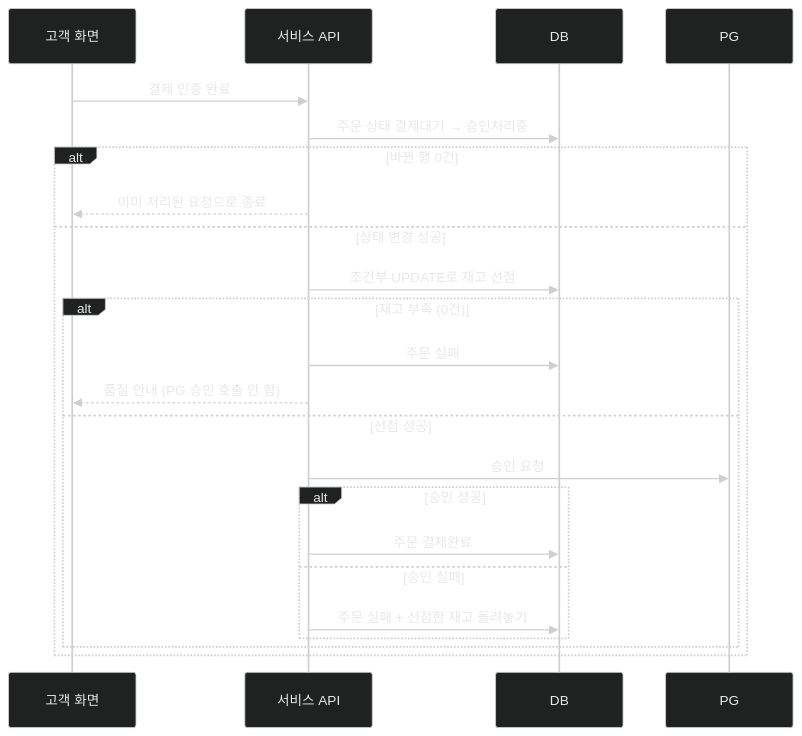
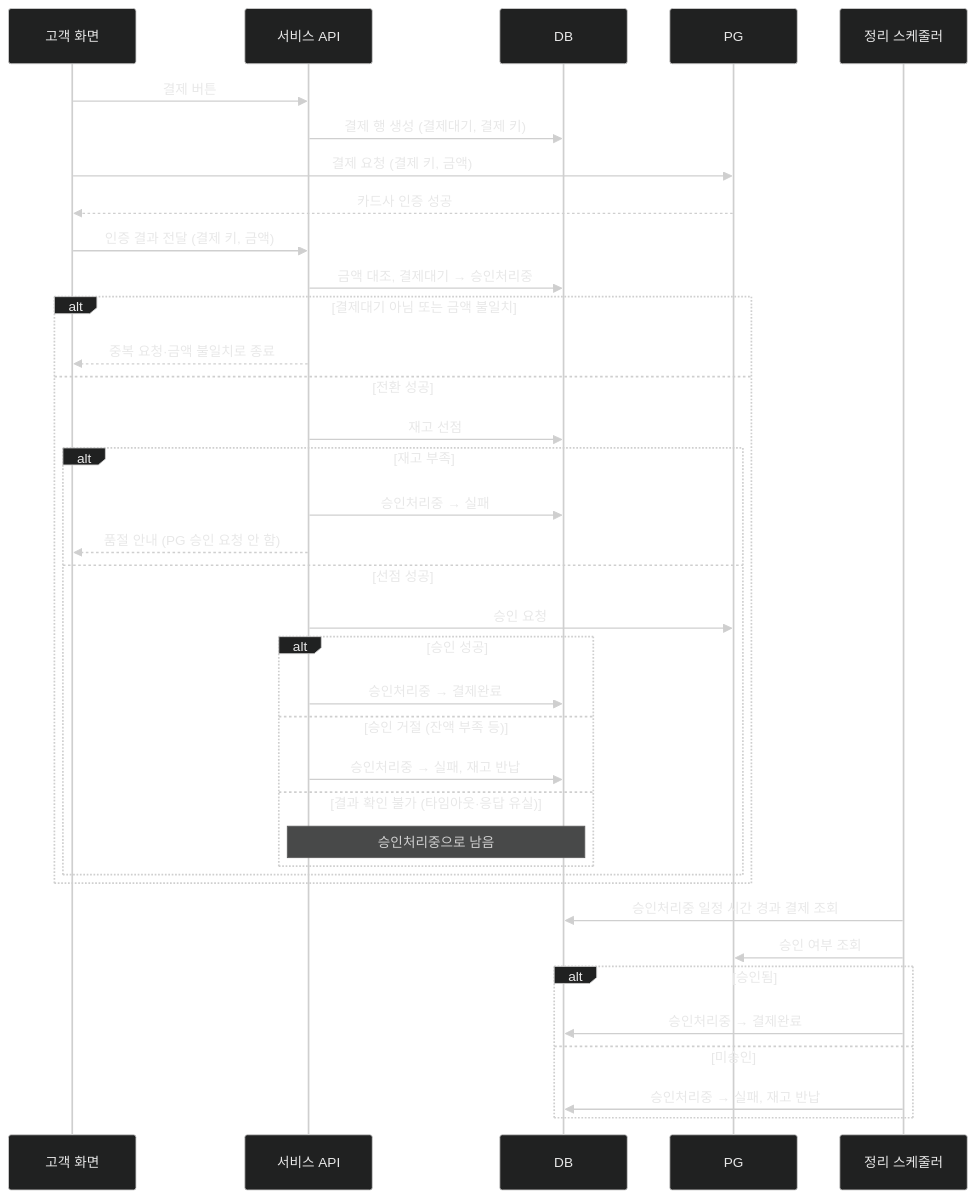
Before and after one commit to seo-yk/seo-yk.github.io: the diagram in _posts/2026-11-17-concurrent-stock-oversell.md, drawn with Mermaid. The commit also changed other lines of this file, not shown here.

````diff
--- a/_posts/2026-11-17-concurrent-stock-oversell.md
+++ b/_posts/2026-11-17-concurrent-stock-oversell.md
@@ -103,27 +61,41 @@
 ```mermaid
 %%{init: {'theme':'base','themeVariables':{'fontFamily':'inherit','background':'#3c3d3d','primaryColor':'#202121','primaryBorderColor':'#cfcfcf','primaryTextColor':'#e8e8e8','lineColor':'#cfcfcf','textColor':'#e8e8e8','actorBkg':'#202121','actorBorderColor':'#cfcfcf','actorTextColor':'#e8e8e8','actorLineColor':'#cfcfcf','signalColor':'#cfcfcf','signalTextColor':'#e8e8e8','noteBkgColor':'#484949','noteBorderColor':'#5c5c5c','noteTextColor':'#d0d0d0','labelBoxBkgColor':'#202121','labelBoxBorderColor':'#cfcfcf','labelTextColor':'#e8e8e8','loopTextColor':'#e8e8e8','edgeLabelBackground':'#3c3d3d','clusterBkg':'#484949','clusterBorder':'#5c5c5c'}}}%%
 sequenceDiagram
     participant C as 고객 화면
     participant API as 서비스 API
     participant DB as DB
     participant PG as PG
+    participant S as 정리 스케줄러
 
-    C->>API: 결제 인증 완료
-    API->>DB: 주문 상태 결제대기 → 승인처리중
-    alt 바뀐 행 0건
-        API-->>C: 이미 처리된 요청으로 종료
-    else 상태 변경 성공
-        API->>DB: 조건부 UPDATE로 재고 선점
-        alt 재고 부족 (0건)
-            API->>DB: 주문 실패
-            API-->>C: 품절 안내 (PG 승인 호출 안 함)
+    C->>API: 결제 버튼
+    API->>DB: 결제 행 생성 (결제대기, 결제 키)
+    C->>PG: 결제 요청 (결제 키, 금액)
+    PG-->>C: 카드사 인증 성공
+    C->>API: 인증 결과 전달 (결제 키, 금액)
+    API->>DB: 금액 대조, 결제대기 → 승인처리중
+    alt 결제대기 아님 또는 금액 불일치
+        API-->>C: 중복 요청·금액 불일치로 종료
+    else 전환 성공
+        API->>DB: 재고 선점
+        alt 재고 부족
+            API->>DB: 승인처리중 → 실패
+            API-->>C: 품절 안내 (PG 승인 요청 안 함)
         else 선점 성공
             API->>PG: 승인 요청
             alt 승인 성공
-                API->>DB: 주문 결제완료
-            else 승인 실패
-                API->>DB: 주문 실패 + 선점한 재고 돌려놓기
+                API->>DB: 승인처리중 → 결제완료
+            else 승인 거절 (잔액 부족 등)
+                API->>DB: 승인처리중 → 실패, 재고 반납
+            else 결과 확인 불가 (타임아웃·응답 유실)
+                Note over API,DB: 승인처리중으로 남음
             end
         end
     end
+    S->>DB: 승인처리중 일정 시간 경과 결제 조회
+    S->>PG: 승인 여부 조회
+    alt 승인됨
+        S->>DB: 승인처리중 → 결제완료
+    else 미승인
+        S->>DB: 승인처리중 → 실패, 재고 반납
+    end
 ```
````
